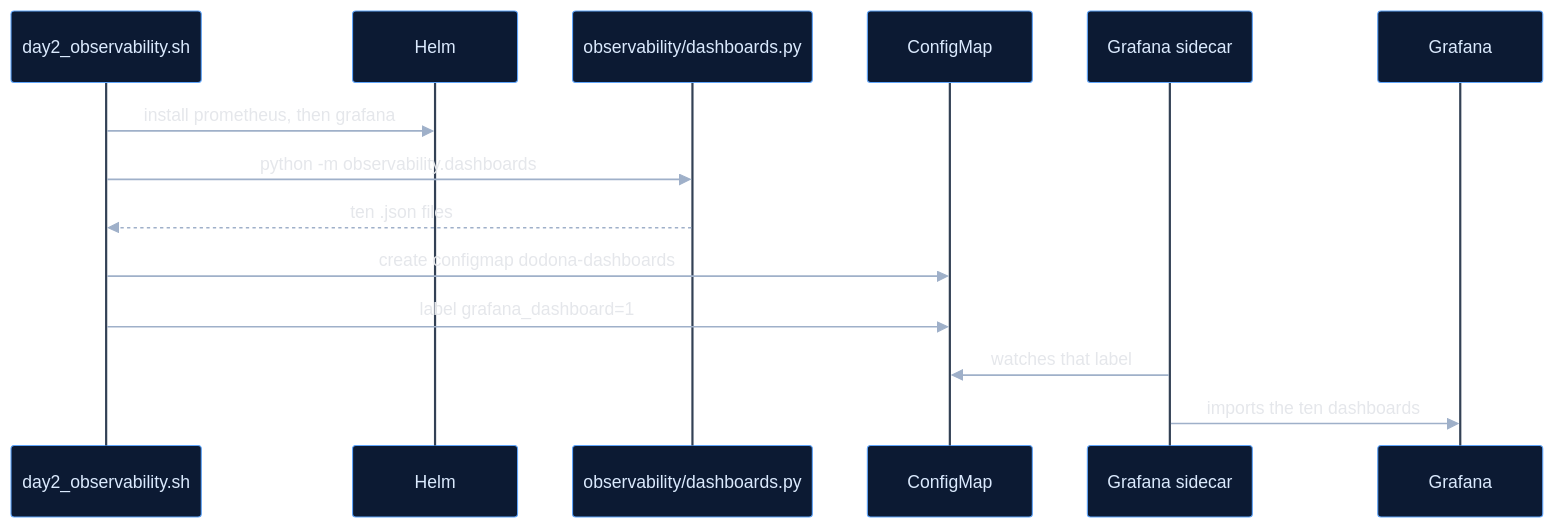
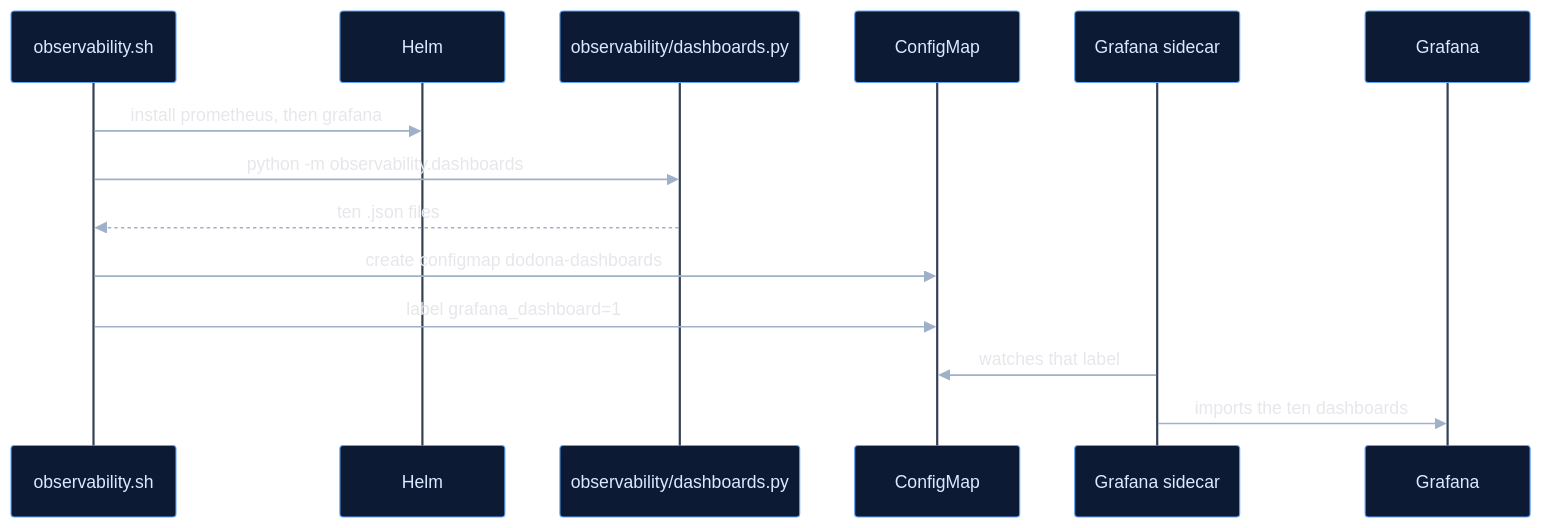
The fourth of 5 diagrams in docs/cluster/infrastructure.md (harshuljain13/Dodona), drawn with Mermaid before and after one commit. The commit also changed 31 other files, not shown here.

````diff
--- a/docs/cluster/infrastructure.md
+++ b/docs/cluster/infrastructure.md
@@ -139,27 +139,27 @@
 ```mermaid
 %%{init: {'theme':'base','themeVariables':{
   'darkMode':true,'background':'#0B0B0B',
   'fontFamily':'Helvetica, Arial, sans-serif','fontSize':'13.5px',
   'actorBkg':'#0C1A33','actorBorder':'#60A5FA','actorTextColor':'#DBEAFE','actorLineColor':'#334155',
   'signalColor':'#9FB0C9','signalTextColor':'#E5E7EB',
   'noteBkgColor':'#2B2008','noteBorderColor':'#FBBF24','noteTextColor':'#FDE68A',
   'activationBkgColor':'#06220F','activationBorderColor':'#4ADE80',
   'labelBoxBkgColor':'#04302B','labelBoxBorderColor':'#22D3EE','labelTextColor':'#A5F3FC',
   'sequenceNumberColor':'#0B0B0B','loopTextColor':'#E5E7EB','textColor':'#E5E7EB'
 }}}%%
 sequenceDiagram
-    participant D as day2_observability.sh
+    participant D as observability.sh
     participant H as Helm
     participant PY as observability/dashboards.py
     participant CM as ConfigMap
     participant SC as Grafana sidecar
     participant G as Grafana
 
     D->>H: install prometheus, then grafana
     D->>PY: python -m observability.dashboards
     PY-->>D: ten .json files
     D->>CM: create configmap dodona-dashboards
     D->>CM: label grafana_dashboard=1
     SC->>CM: watches that label
     SC->>G: imports the ten dashboards
 ```
````
